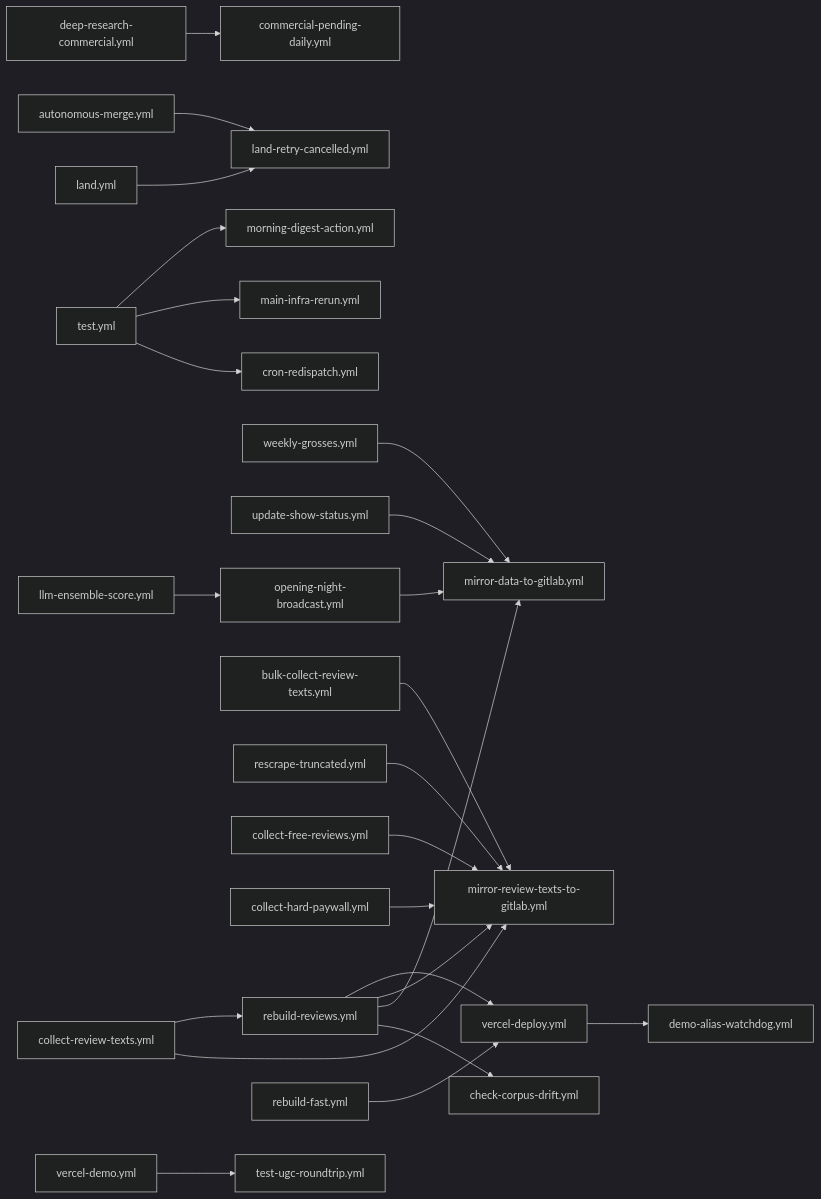
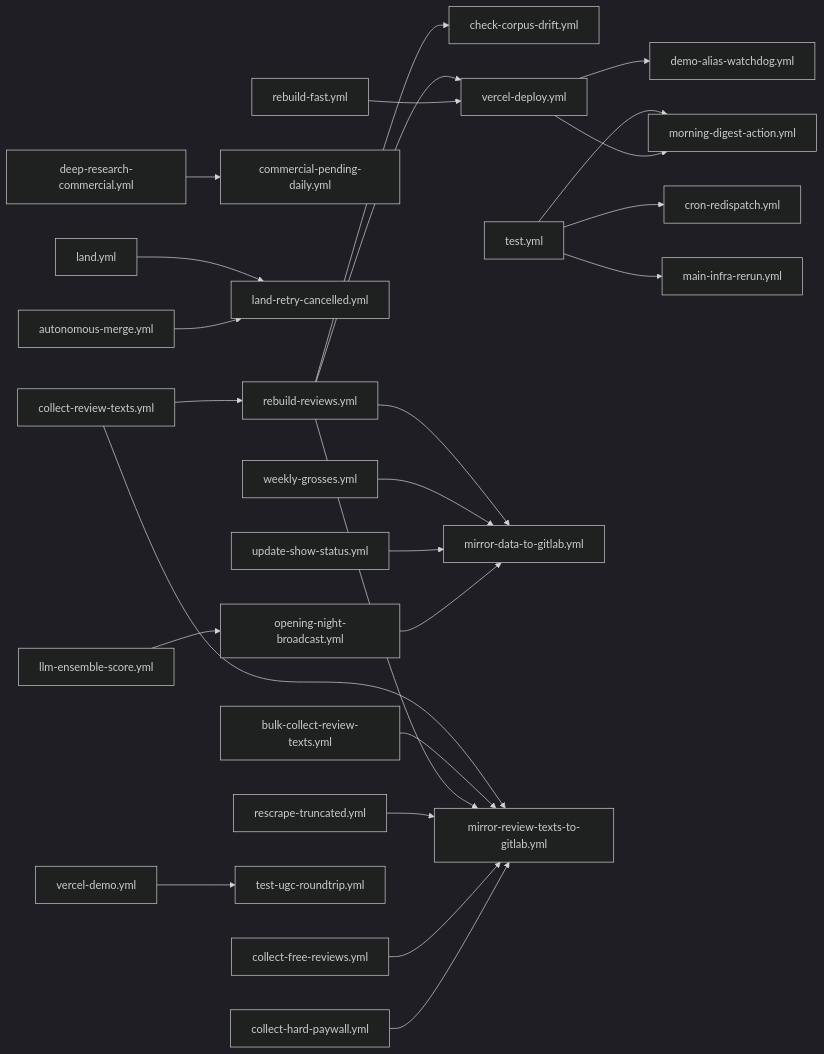
The diagram in .github/workflows/DEPENDENCIES.md (thomaspryor/Broadwayscore), drawn with Mermaid (dark theme) before and after one commit. The commit also changed other lines of this file, not shown here.

First line of the commit message:
chore(workflows): regenerate DEPENDENCIES.md for the new digest wake edge (BRO-7016)

````diff
--- a/.github/workflows/DEPENDENCIES.md
+++ b/.github/workflows/DEPENDENCIES.md
@@ -21,26 +21,27 @@
 ```mermaid
 graph LR
   rebuild_reviews["rebuild-reviews.yml"] --> check_corpus_drift["check-corpus-drift.yml"]
   deep_research_commercial["deep-research-commercial.yml"] --> commercial_pending_daily["commercial-pending-daily.yml"]
   test["test.yml"] --> cron_redispatch["cron-redispatch.yml"]
   vercel_deploy["vercel-deploy.yml"] --> demo_alias_watchdog["demo-alias-watchdog.yml"]
   land["land.yml"] --> land_retry_cancelled["land-retry-cancelled.yml"]
   autonomous_merge["autonomous-merge.yml"] --> land_retry_cancelled["land-retry-cancelled.yml"]
   test["test.yml"] --> main_infra_rerun["main-infra-rerun.yml"]
   rebuild_reviews["rebuild-reviews.yml"] --> mirror_data_to_gitlab["mirror-data-to-gitlab.yml"]
   weekly_grosses["weekly-grosses.yml"] --> mirror_data_to_gitlab["mirror-data-to-gitlab.yml"]
   update_show_status["update-show-status.yml"] --> mirror_data_to_gitlab["mirror-data-to-gitlab.yml"]
   opening_night_broadcast["opening-night-broadcast.yml"] --> mirror_data_to_gitlab["mirror-data-to-gitlab.yml"]
   collect_review_texts["collect-review-texts.yml"] --> mirror_review_texts_to_gitlab["mirror-review-texts-to-gitlab.yml"]
   bulk_collect_review_texts["bulk-collect-review-texts.yml"] --> mirror_review_texts_to_gitlab["mirror-review-texts-to-gitlab.yml"]
   rebuild_reviews["rebuild-reviews.yml"] --> mirror_review_texts_to_gitlab["mirror-review-texts-to-gitlab.yml"]
   rescrape_truncated["rescrape-truncated.yml"] --> mirror_review_texts_to_gitlab["mirror-review-texts-to-gitlab.yml"]
   collect_free_reviews["collect-free-reviews.yml"] --> mirror_review_texts_to_gitlab["mirror-review-texts-to-gitlab.yml"]
   collect_hard_paywall["collect-hard-paywall.yml"] --> mirror_review_texts_to_gitlab["mirror-review-texts-to-gitlab.yml"]
   test["test.yml"] --> morning_digest_action["morning-digest-action.yml"]
+  vercel_deploy["vercel-deploy.yml"] --> morning_digest_action["morning-digest-action.yml"]
   llm_ensemble_score["llm-ensemble-score.yml"] --> opening_night_broadcast["opening-night-broadcast.yml"]
   collect_review_texts["collect-review-texts.yml"] --> rebuild_reviews["rebuild-reviews.yml"]
   vercel_demo["vercel-demo.yml"] --> test_ugc_roundtrip["test-ugc-roundtrip.yml"]
   rebuild_reviews["rebuild-reviews.yml"] --> vercel_deploy["vercel-deploy.yml"]
   rebuild_fast["rebuild-fast.yml"] --> vercel_deploy["vercel-deploy.yml"]
 ```
````
